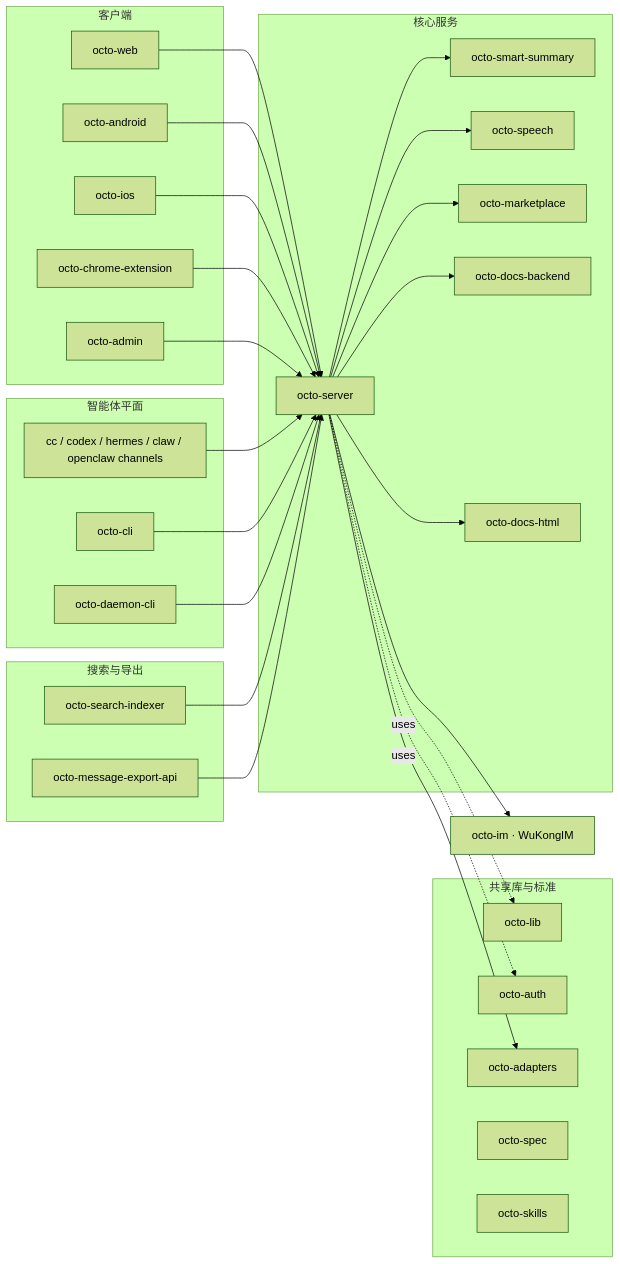
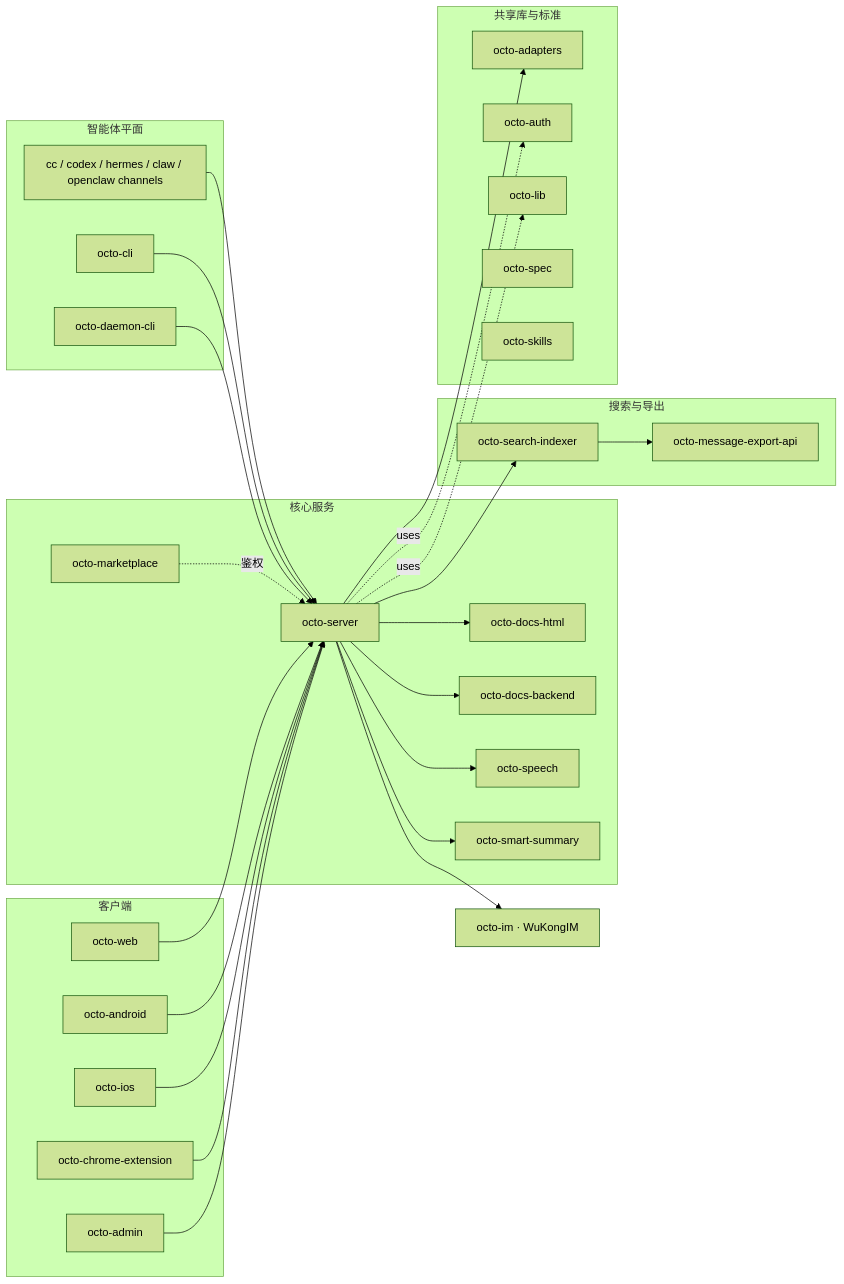
Before and after one commit to Mininglamp-OSS/octo-docs: the diagram in zh/ecosystem/repository-guide.mdx, drawn with Mermaid (forest theme). The commit also changed 12 other files, not shown here.

First line of the commit message:
docs: fix diagram topology + drop remaining repo counts (review feedback)

````diff
--- a/zh/ecosystem/repository-guide.mdx
+++ b/zh/ecosystem/repository-guide.mdx
@@ -12,55 +12,55 @@
 ```mermaid
 graph LR
   subgraph clients["客户端"]
     web[octo-web]
     android[octo-android]
     ios[octo-ios]
     ext[octo-chrome-extension]
     adm[octo-admin]
   end
   subgraph coregrp["核心服务"]
     server[octo-server]
     summary[octo-smart-summary]
     speech[octo-speech]
     market[octo-marketplace]
     dbe[octo-docs-backend]
     dhtml[octo-docs-html]
   end
   im[octo-im · WuKongIM]
   subgraph searchgrp["搜索与导出"]
     idx[octo-search-indexer]
     exp[octo-message-export-api]
   end
   subgraph agentgrp["智能体平面"]
     channels[cc / codex / hermes / claw / openclaw channels]
     cli[octo-cli]
     daemon[octo-daemon-cli]
   end
   subgraph sharedgrp["共享库与标准"]
     lib[octo-lib]
     auth[octo-auth]
     adapters[octo-adapters]
     spec[octo-spec]
     skills[octo-skills]
   end
 
   web --> server
   android --> server
   ios --> server
   ext --> server
   adm --> server
   server --> im
   server --> summary
   server --> speech
-  server --> market
+  market -.鉴权.-> server
   server --> dbe
   server --> dhtml
   channels --> server
   cli --> server
   daemon --> server
-  idx --> server
-  exp --> server
+  server --> idx
+  idx --> exp
   server -.uses.-> lib
   server -.uses.-> auth
   server --> adapters
 ```
````
